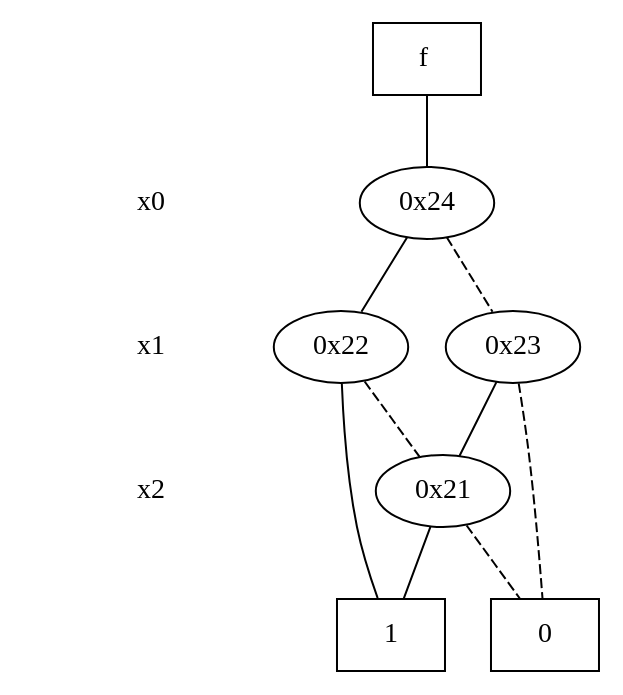
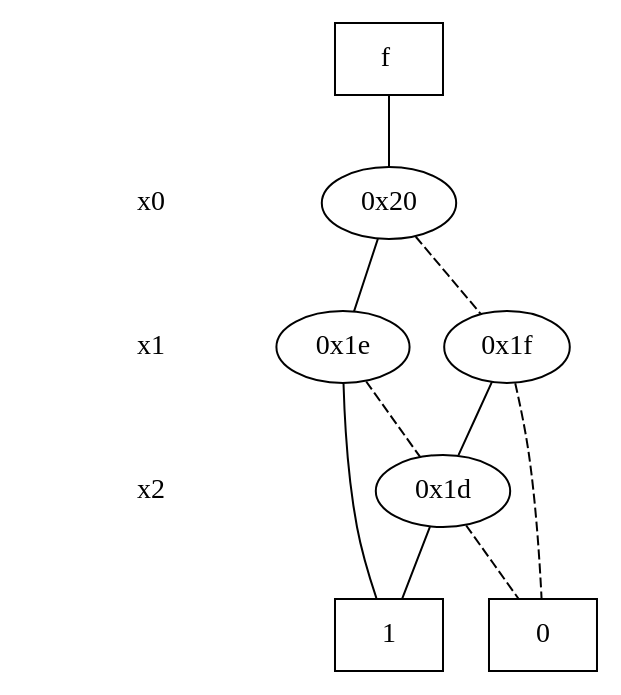
Before and after one commit to bohanw/Projects: the diagram in cudd-3.0.0/hw1/dot/bdd2.dot, drawn with Graphviz. The commit also changed 6 other files, not shown here.

```diff
--- a/cudd-3.0.0/hw1/dot/bdd2.dot
+++ b/cudd-3.0.0/hw1/dot/bdd2.dot
@@ -1,38 +1,38 @@
 digraph "DD" {
 size = "7.5,10"
 center = true;
 edge [dir = none];
 { node [shape = plaintext];
   edge [style = invis];
   "CONST NODES" [style = invis];
 " x0 " -> " x1 " -> " x2 " -> "CONST NODES"; 
 }
 { rank = same; node [shape = box]; edge [style = invis];
 "  f  "; }
 { rank = same; " x0 ";
-"0x24";
+"0x20";
 }
 { rank = same; " x1 ";
-"0x22";
-"0x23";
+"0x1e";
+"0x1f";
 }
 { rank = same; " x2 ";
-"0x21";
+"0x1d";
 }
 { rank = same; "CONST NODES";
 { node [shape = box]; "0x11";
 "0x10";
 }
 }
-"  f  " -> "0x24" [style = solid];
-"0x24" -> "0x22";
-"0x24" -> "0x23" [style = dashed];
-"0x22" -> "0x10";
-"0x22" -> "0x21" [style = dashed];
-"0x23" -> "0x21";
-"0x23" -> "0x11" [style = dashed];
-"0x21" -> "0x10";
-"0x21" -> "0x11" [style = dashed];
+"  f  " -> "0x20" [style = solid];
+"0x20" -> "0x1e";
+"0x20" -> "0x1f" [style = dashed];
+"0x1e" -> "0x10";
+"0x1e" -> "0x1d" [style = dashed];
+"0x1f" -> "0x1d";
+"0x1f" -> "0x11" [style = dashed];
+"0x1d" -> "0x10";
+"0x1d" -> "0x11" [style = dashed];
 "0x11" [label = "0"];
 "0x10" [label = "1"];
 }
```
